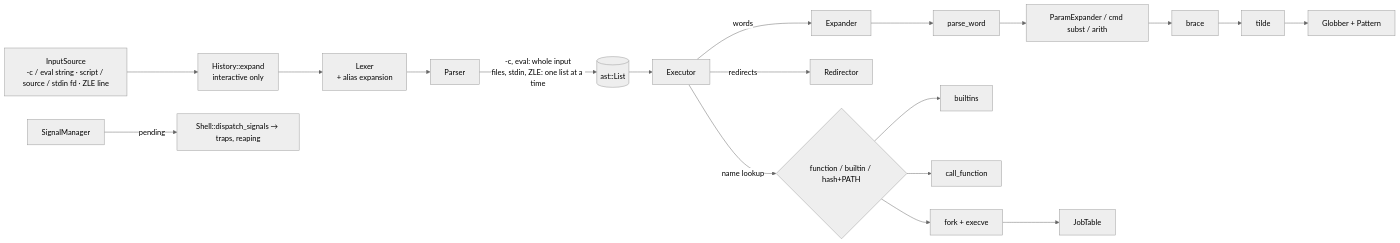
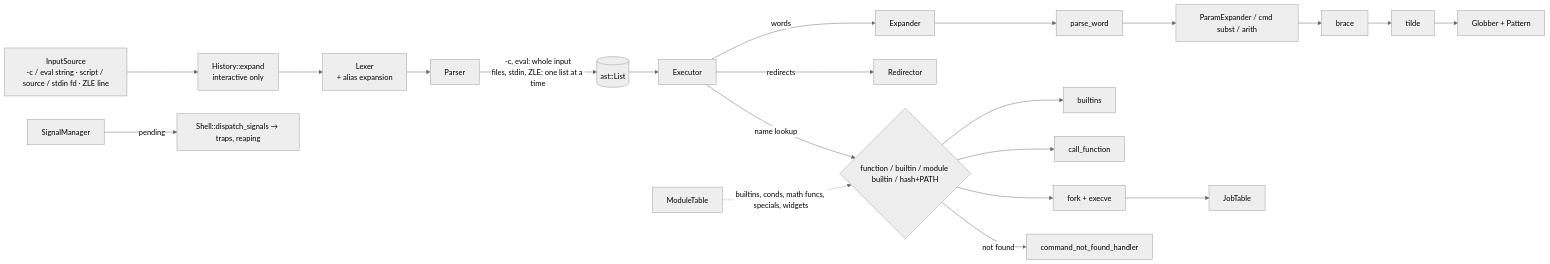
The first of 2 diagrams in TODO.md (armandli/myzsh), drawn with Mermaid (neutral theme) before and after one commit. The commit also changed other lines of this file, not shown here.

````diff
--- a/TODO.md
+++ b/TODO.md
@@ -86,18 +117,20 @@
 ```mermaid
 flowchart LR
   IN[InputSource<br/>-c / eval string · script / source / stdin fd · ZLE line] --> HX[History::expand<br/>interactive only]
   HX --> LX[Lexer<br/>+ alias expansion]
   LX --> PS[Parser]
   PS -->|"-c, eval: whole input<br/>files, stdin, ZLE: one list at a time"| AST[(ast::List)]
   AST --> EX[Executor]
   EX -->|words| XP[Expander]
   XP --> WP[parse_word] --> PE[ParamExpander / cmd subst / arith]
   PE --> BR[brace] --> TL[tilde] --> GL[Globber + Pattern]
   EX -->|redirects| RD[Redirector]
-  EX -->|name lookup| T{function / builtin / hash+PATH}
+  EX -->|name lookup| T{function / builtin / module builtin / hash+PATH}
   T --> BI[builtins]
   T --> FN[call_function]
   T --> EXT[fork + execve]
+  T -->|not found| CNF[command_not_found_handler]
   EXT --> JB[JobTable]
   SIG[SignalManager] -->|pending| SH[Shell::dispatch_signals → traps, reaping]
+  MOD[ModuleTable] -.->|builtins, conds, math funcs, specials, widgets| T
 ```
````
